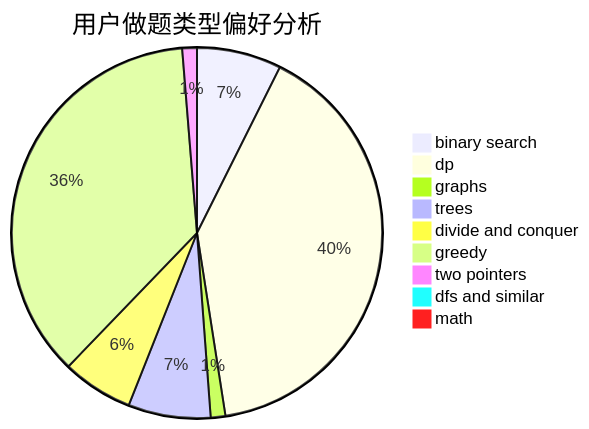
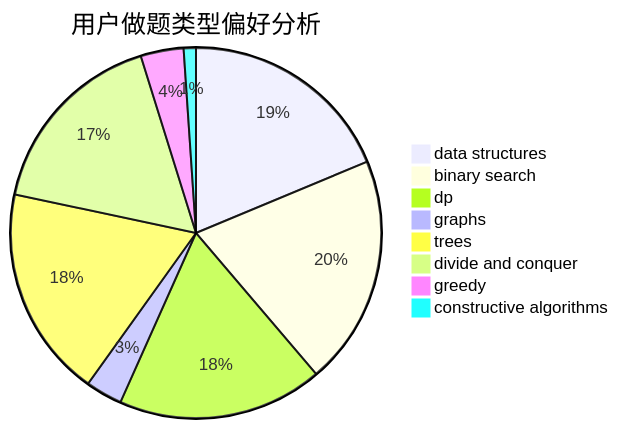
One commit to sherpahu/cfrs.github.io changed the second of 3 diagrams in docs/user/u174.md. Above: the diagram before and after it, drawn with Mermaid. The commit also changed other lines of this file and 2775 other files, not shown here.

````diff
--- a/docs/user/u174.md
+++ b/docs/user/u174.md
@@ -23,12 +23,11 @@
 ```mermaid
 pie title 用户做题类型偏好分析
+    "data structures" :  70
     "binary search" :  75
-    "dp" :  408
-    "graphs" :  13
-    "trees" :  73
+    "dp" :  67
+    "graphs" :  12
+    "trees" :  69
     "divide and conquer" :  63
-    "greedy" :  371
-    "two pointers" :  13
-    "dfs and similar" :  5
-    "math" :  5
+    "greedy" :  14
+    "constructive algorithms" :  4
 ```
````
